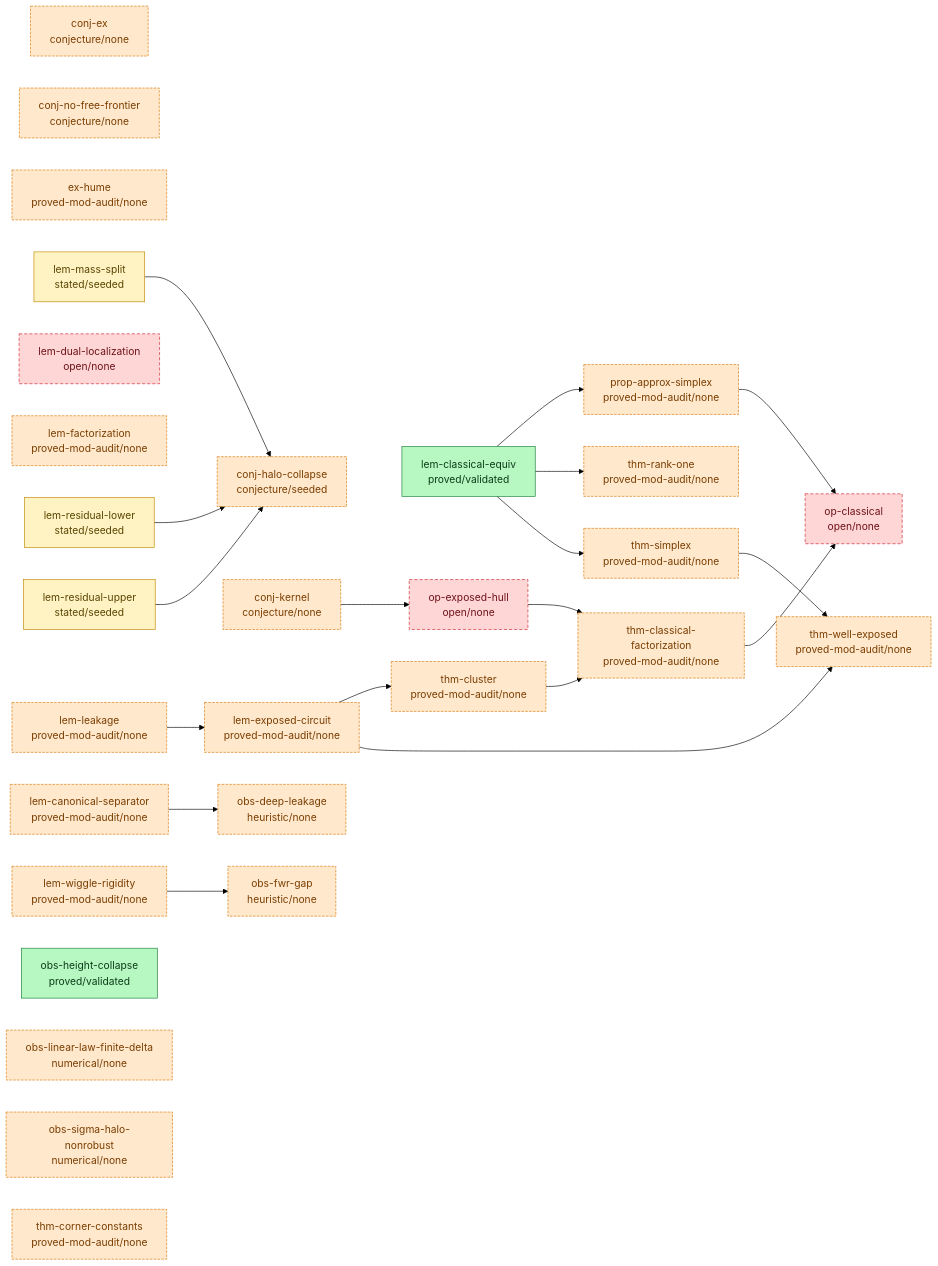
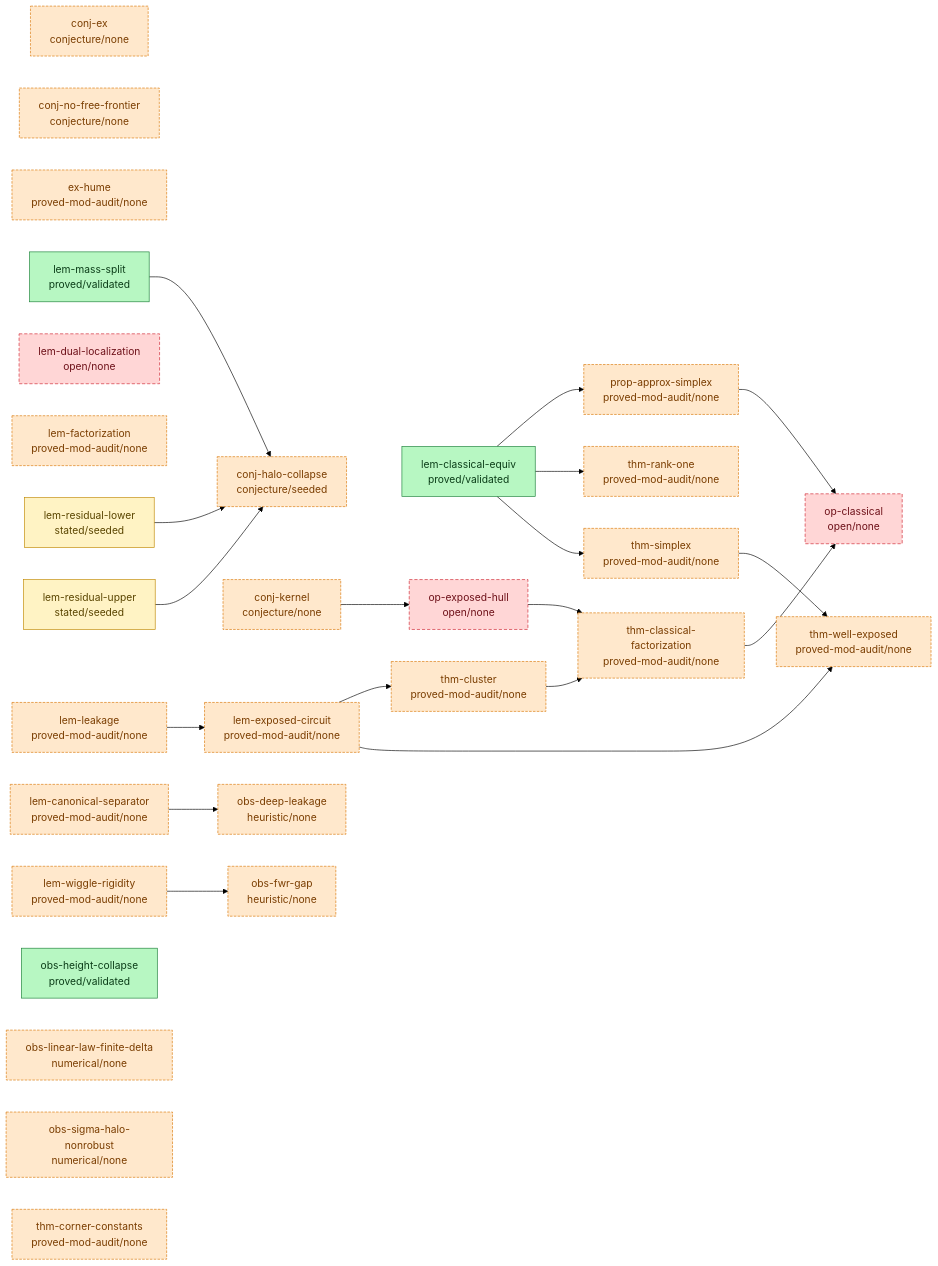
One commit to tobiasosborne/almost-idempotent-stochastic-maps changed the diagram in argument/DAG.md. Above: the diagram before and after it, drawn with Mermaid (forest theme). The commit also changed 51 other files, not shown here.

First line of the commit message:
Bank lem-mass-split: af-validated (3rd rigorous result; 1st of the halo-collapse factoring)

````diff
--- a/argument/DAG.md
+++ b/argument/DAG.md
@@ -6,60 +6,60 @@
 ```mermaid
 graph LR
   classDef validated fill:#b7f7c2,stroke:#1a7f37,color:#0b3d18;
   classDef proved fill:#cfe3ff,stroke:#0969da,color:#0a3069;
   classDef seeded fill:#fff3c4,stroke:#bf8700,color:#5a4500;
   classDef stated fill:#eaecef,stroke:#8b949e,color:#24292f;
   classDef cited fill:#e7d6ff,stroke:#8250df,color:#3b1a73;
   classDef nonrigorous fill:#ffe8cc,stroke:#d97706,color:#7a3d00,stroke-dasharray:4 2;
   classDef open fill:#ffd6d6,stroke:#cf222e,color:#6e1119,stroke-dasharray:5 3;
   conj-ex["conj-ex<br/>conjecture/none"]
   conj-halo-collapse["conj-halo-collapse<br/>conjecture/seeded"]
   conj-kernel["conj-kernel<br/>conjecture/none"]
   conj-no-free-frontier["conj-no-free-frontier<br/>conjecture/none"]
   ex-hume["ex-hume<br/>proved-mod-audit/none"]
   lem-canonical-separator["lem-canonical-separator<br/>proved-mod-audit/none"]
   lem-classical-equiv["lem-classical-equiv<br/>proved/validated"]
   lem-dual-localization["lem-dual-localization<br/>open/none"]
   lem-exposed-circuit["lem-exposed-circuit<br/>proved-mod-audit/none"]
   lem-factorization["lem-factorization<br/>proved-mod-audit/none"]
   lem-leakage["lem-leakage<br/>proved-mod-audit/none"]
-  lem-mass-split["lem-mass-split<br/>stated/seeded"]
+  lem-mass-split["lem-mass-split<br/>proved/validated"]
   lem-residual-lower["lem-residual-lower<br/>stated/seeded"]
   lem-residual-upper["lem-residual-upper<br/>stated/seeded"]
   lem-wiggle-rigidity["lem-wiggle-rigidity<br/>proved-mod-audit/none"]
   obs-deep-leakage["obs-deep-leakage<br/>heuristic/none"]
   obs-fwr-gap["obs-fwr-gap<br/>heuristic/none"]
   obs-height-collapse["obs-height-collapse<br/>proved/validated"]
   obs-linear-law-finite-delta["obs-linear-law-finite-delta<br/>numerical/none"]
   obs-sigma-halo-nonrobust["obs-sigma-halo-nonrobust<br/>numerical/none"]
   op-classical["op-classical<br/>open/none"]
   op-exposed-hull["op-exposed-hull<br/>open/none"]
   prop-approx-simplex["prop-approx-simplex<br/>proved-mod-audit/none"]
   thm-classical-factorization["thm-classical-factorization<br/>proved-mod-audit/none"]
   thm-cluster["thm-cluster<br/>proved-mod-audit/none"]
   thm-corner-constants["thm-corner-constants<br/>proved-mod-audit/none"]
   thm-rank-one["thm-rank-one<br/>proved-mod-audit/none"]
   thm-simplex["thm-simplex<br/>proved-mod-audit/none"]
   thm-well-exposed["thm-well-exposed<br/>proved-mod-audit/none"]
   conj-kernel --> op-exposed-hull
   lem-canonical-separator --> obs-deep-leakage
   lem-classical-equiv --> prop-approx-simplex
   lem-classical-equiv --> thm-rank-one
   lem-classical-equiv --> thm-simplex
   lem-exposed-circuit --> thm-cluster
   lem-exposed-circuit --> thm-well-exposed
   lem-leakage --> lem-exposed-circuit
   lem-mass-split --> conj-halo-collapse
   lem-residual-lower --> conj-halo-collapse
   lem-residual-upper --> conj-halo-collapse
   lem-wiggle-rigidity --> obs-fwr-gap
   op-exposed-hull --> thm-classical-factorization
   prop-approx-simplex --> op-classical
   thm-classical-factorization --> op-classical
   thm-cluster --> thm-classical-factorization
   thm-simplex --> thm-well-exposed
-  class lem-classical-equiv,obs-height-collapse validated;
-  class lem-mass-split,lem-residual-lower,lem-residual-upper seeded;
+  class lem-classical-equiv,lem-mass-split,obs-height-collapse validated;
+  class lem-residual-lower,lem-residual-upper seeded;
   class conj-ex,conj-halo-collapse,conj-kernel,conj-no-free-frontier,ex-hume,lem-canonical-separator,lem-exposed-circuit,lem-factorization,lem-leakage,lem-wiggle-rigidity,obs-deep-leakage,obs-fwr-gap,obs-linear-law-finite-delta,obs-sigma-halo-nonrobust,prop-approx-simplex,thm-classical-factorization,thm-cluster,thm-corner-constants,thm-rank-one,thm-simplex,thm-well-exposed nonrigorous;
   class lem-dual-localization,op-classical,op-exposed-hull open;
 ```
````
